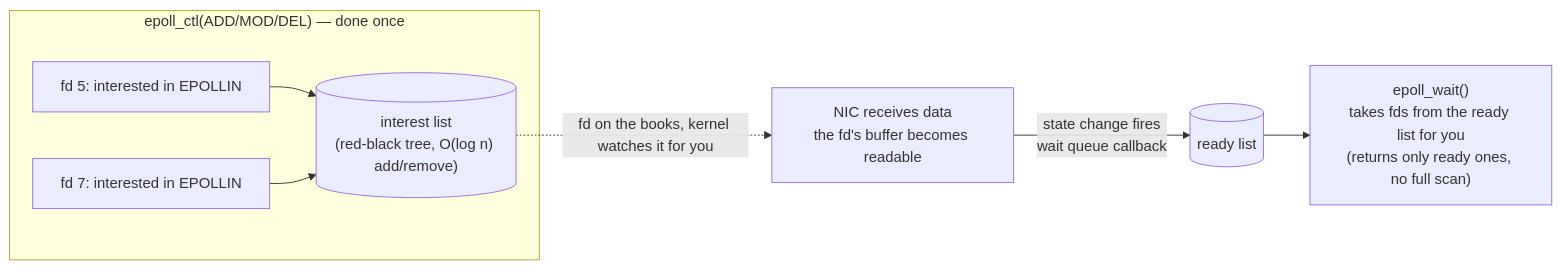
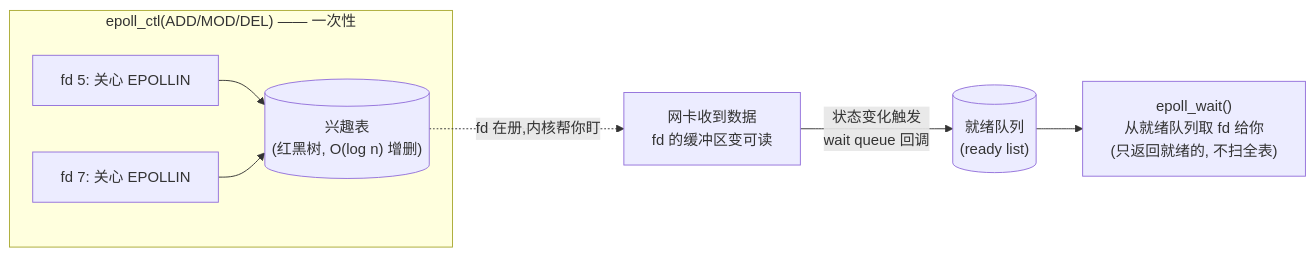
The diagram in documents/en/vol8-domains/networking/02-epoll-io-multiplexing.md (Awesome-Embedded-Learning-Studio/Tutorial_AwesomeModernCPP), drawn with Mermaid before and after one commit. The commit also changed other lines of this file and 749 other files, not shown here.

````diff
--- a/documents/en/vol8-domains/networking/02-epoll-io-multiplexing.md
+++ b/documents/en/vol8-domains/networking/02-epoll-io-multiplexing.md
@@ -68,10 +68,10 @@
 ```mermaid
 flowchart LR
-    subgraph Register["epoll_ctl(ADD/MOD/DEL) — done once"]
-        A["fd 5: interested in EPOLLIN"] --> RBT[("interest list<br/>(red-black tree, O(log n) add/remove)")]
-        B["fd 7: interested in EPOLLIN"] --> RBT
+    subgraph 注册["epoll_ctl(ADD/MOD/DEL) —— 一次性"]
+        A["fd 5: 关心 EPOLLIN"] --> RBT[("兴趣表<br/>(红黑树, O(log n) 增删)")]
+        B["fd 7: 关心 EPOLLIN"] --> RBT
     end
-    NET["NIC receives data<br/>the fd's buffer becomes readable"] -->|"state change fires<br/>wait queue callback"| RDY[("ready list")]
-    RBT -.->|"fd on the books, kernel watches it for you"| NET
-    RDY --> W["epoll_wait()<br/>takes fds from the ready list for you<br/>(returns only ready ones, no full scan)"]
+    NET["网卡收到数据<br/>fd 的缓冲区变可读"] -->|"状态变化触发<br/>wait queue 回调"| RDY[("就绪队列<br/>(ready list)")]
+    RBT -.->|"fd 在册,内核帮你盯"| NET
+    RDY --> W["epoll_wait()<br/>从就绪队列取 fd 给你<br/>(只返回就绪的, 不扫全表)"]
 ```
````
